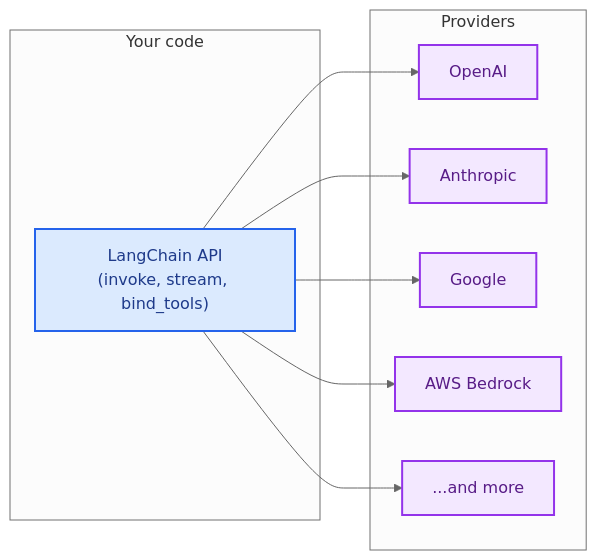
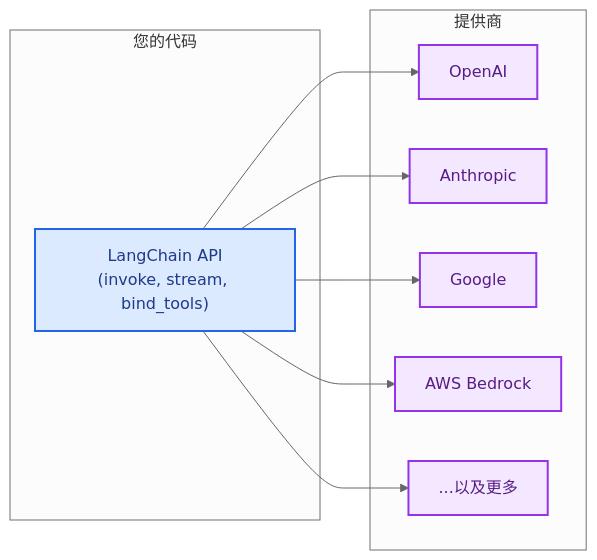
The diagram in oss/javascript/concepts/providers-and-models.mdx (kunfan96/cndocs-langchain), drawn with Mermaid (neutral theme) before and after one commit. The commit also changed other lines of this file and 505 other files, not shown here.

````diff
--- a/oss/javascript/concepts/providers-and-models.mdx
+++ b/oss/javascript/concepts/providers-and-models.mdx
@@ -8,26 +8,26 @@
 ```mermaid
 graph LR
-    subgraph "Your code"
+    subgraph "您的代码"
         A["LangChain API<br/>(invoke, stream, bind_tools)"]
     end
 
-    subgraph "Providers"
+    subgraph "提供商"
         B["OpenAI"]
         C["Anthropic"]
         D["Google"]
         E["AWS Bedrock"]
-        F["...and more"]
+        F["...以及更多"]
     end
 
     A --> B
     A --> C
     A --> D
     A --> E
     A --> F
 
     classDef code fill:#DBEAFE,stroke:#2563EB,stroke-width:2px,color:#1E3A8A
     classDef provider fill:#F3E8FF,stroke:#9333EA,stroke-width:2px,color:#581C87
 
     class A code
     class B,C,D,E,F provider
 ```
````
